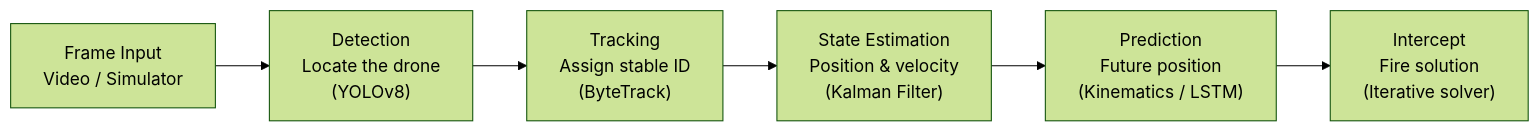
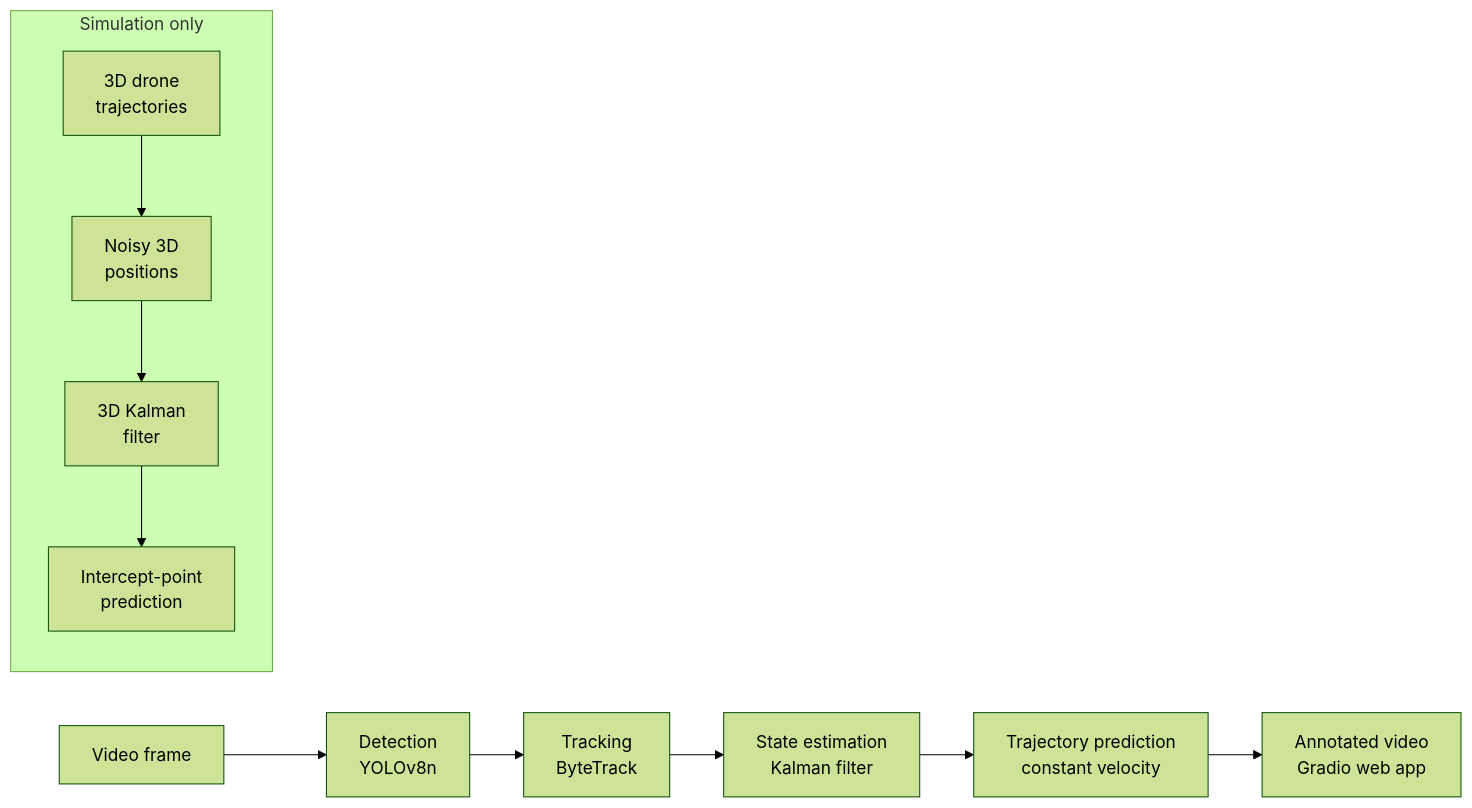
The diagram in README.md (aviraj1805/intelligent-aerial-monitoring), drawn with Mermaid (forest theme) before and after one commit. The commit also changed other lines of this file and 1 other file, not shown here.

````diff
--- a/README.md
+++ b/README.md
@@ -60,8 +29,11 @@
 ```mermaid
 flowchart LR
-    A["Frame Input<br/>Video / Simulator"] --> B["Detection<br/>Locate the drone<br/>(YOLOv8)"]
-    B --> C["Tracking<br/>Assign stable ID<br/>(ByteTrack)"]
-    C --> D["State Estimation<br/>Position & velocity<br/>(Kalman Filter)"]
-    D --> E["Prediction<br/>Future position<br/>(Kinematics / LSTM)"]
-    E --> F["Intercept<br/>Fire solution<br/>(Iterative solver)"]
+    A[Video frame] --> B["Detection<br/>YOLOv8n"]
+    B --> C["Tracking<br/>ByteTrack"]
+    C --> D["State estimation<br/>Kalman filter"]
+    D --> E["Trajectory prediction<br/>constant velocity"]
+    E --> F["Annotated video<br/>Gradio web app"]
+    subgraph SIM ["Simulation only"]
+        G["3D drone<br/>trajectories"] --> H["Noisy 3D<br/>positions"] --> I["3D Kalman<br/>filter"] --> J["Intercept-point<br/>prediction"]
+    end
 ```
````
